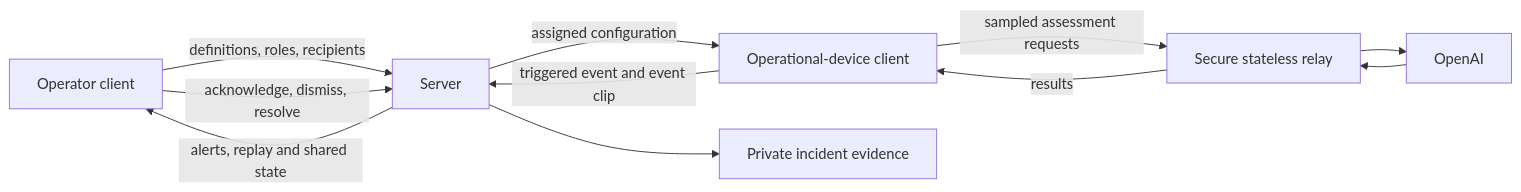
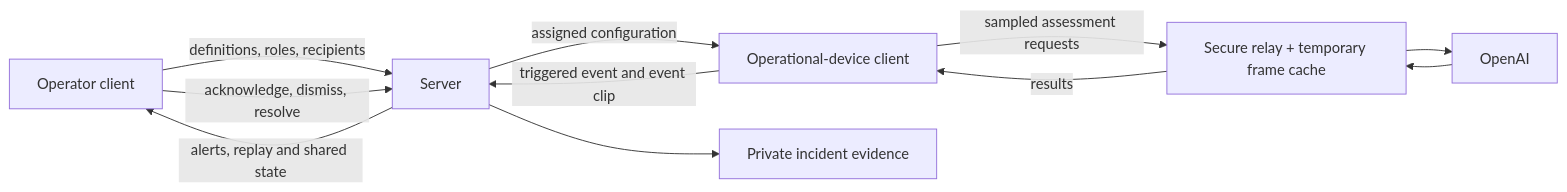
The diagram in docs/architecture/tech-spec.md (KenEzekiel/lookout-ai), drawn with Mermaid before and after one commit. The commit also changed other lines of this file and 16 other files, not shown here.

Commit message:
feat: cache assessment frames for bounded sliding-window reuse

````diff
--- a/docs/architecture/tech-spec.md
+++ b/docs/architecture/tech-spec.md
@@ -21,13 +21,13 @@
 ```mermaid
 flowchart LR
     O[Operator client] -->|definitions, roles, recipients| S[Server]
     S -->|assigned configuration| D[Operational-device client]
-    D -->|sampled assessment requests| R[Secure stateless relay]
+    D -->|sampled assessment requests| R[Secure relay + temporary frame cache]
     R --> AI[OpenAI]
     AI --> R
     R -->|results| D
     D -->|triggered event and event clip| S
     S --> E[Private incident evidence]
     S -->|alerts, replay and shared state| O
     O -->|acknowledge, dismiss, resolve| S
 ```
````
